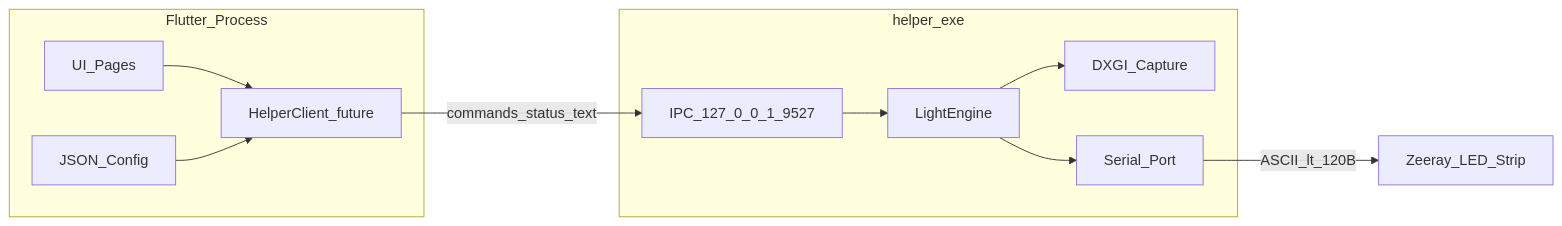
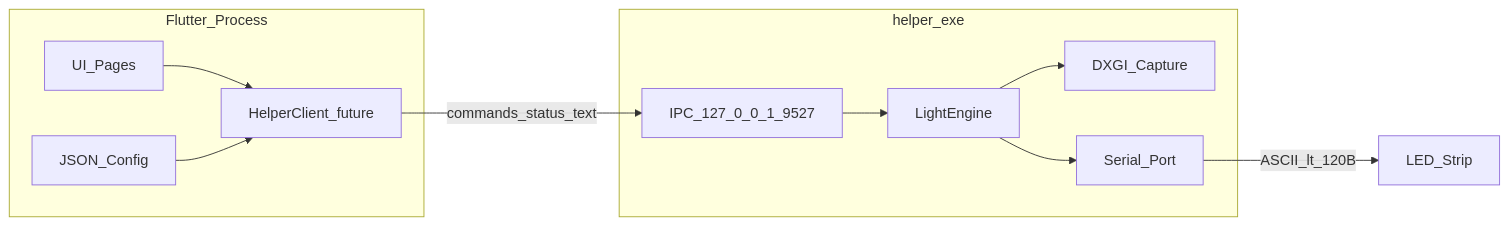
The diagram in docs/AI_STATUS.md (losewight/screen_strip_sync), drawn with Mermaid before and after one commit. The commit also changed other lines of this file and 38 other files, not shown here.

````diff
--- a/docs/AI_STATUS.md
+++ b/docs/AI_STATUS.md
@@ -205,25 +205,25 @@
 ```mermaid
 flowchart LR
   subgraph flutter [Flutter_Process]
     UI[UI_Pages]
     JSON[JSON_Config]
     Client[HelperClient_future]
   end
 
   subgraph helper [helper_exe]
     IPC[IPC_127_0_0_1_9527]
     Engine[LightEngine]
     DXGI[DXGI_Capture]
     Serial[Serial_Port]
   end
 
-  Device[Zeeray_LED_Strip]
+  Device[LED_Strip]
 
   UI --> Client
   JSON --> Client
   Client -->|"commands_status_text"| IPC
   IPC --> Engine
   Engine --> DXGI
   Engine --> Serial
   Serial -->|"ASCII_lt_120B"| Device
 ```
````
